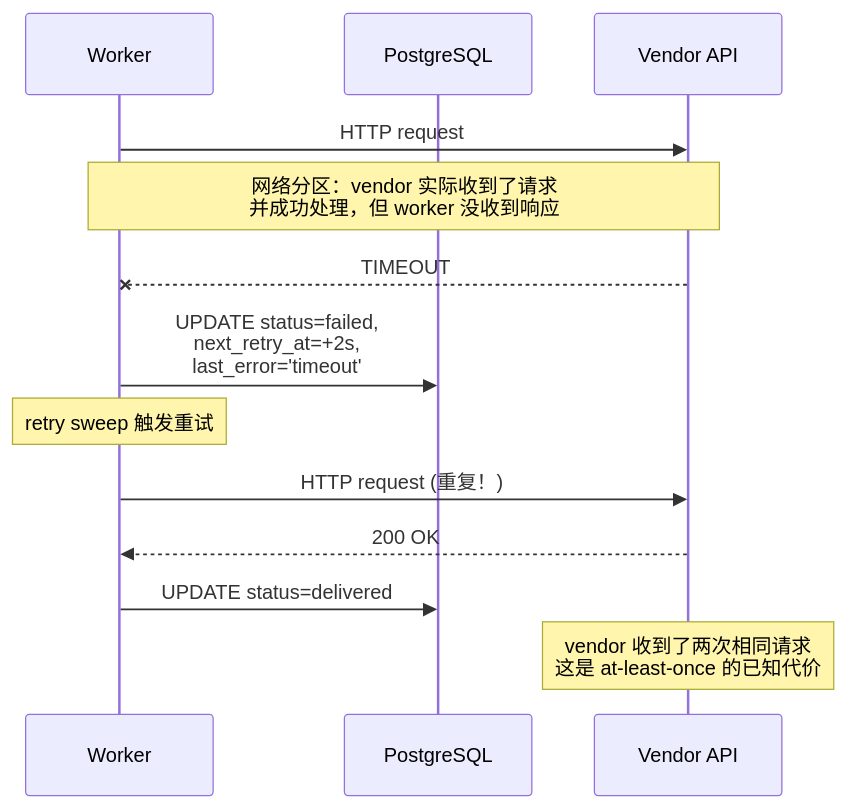
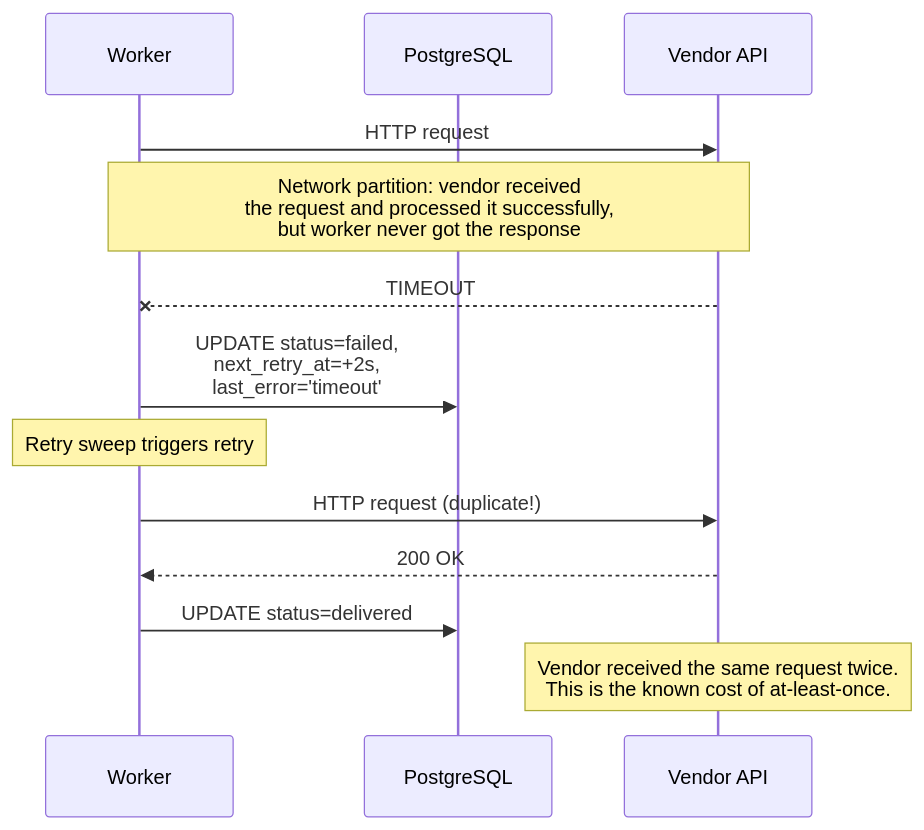
One commit to Alex200411/notify-service changed the eighth of 8 diagrams in design.md. Above: the diagram before and after it, drawn with Mermaid. The commit also changed other lines of this file, not shown here.

````diff
--- a/design.md
+++ b/design.md
@@ -176,17 +176,17 @@
 ```mermaid
 sequenceDiagram
     participant W as Worker
     participant DB as PostgreSQL
     participant V as Vendor API
 
     W->>V: HTTP request
-    Note over W,V: 网络分区：vendor 实际收到了请求<br/>并成功处理，但 worker 没收到响应
+    Note over W,V: Network partition: vendor received<br/>the request and processed it successfully,<br/>but worker never got the response
     V--xW: TIMEOUT
     W->>DB: UPDATE status=failed,<br/>next_retry_at=+2s,<br/>last_error='timeout'
 
-    Note over W: retry sweep 触发重试
-    W->>V: HTTP request (重复！)
+    Note over W: Retry sweep triggers retry
+    W->>V: HTTP request (duplicate!)
     V-->>W: 200 OK
     W->>DB: UPDATE status=delivered
-    Note over V: vendor 收到了两次相同请求<br/>这是 at-least-once 的已知代价
+    Note over V: Vendor received the same request twice.<br/>This is the known cost of at-least-once.
 ```
````
